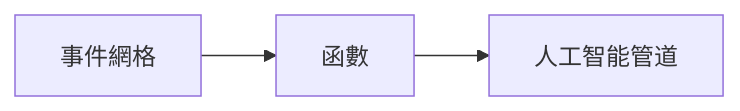
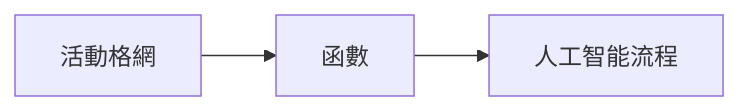
The second of 2 diagrams in translations/zh-HK/docs/chapter-08-production/README.md (microsoft/AZD-for-beginners), drawn with Mermaid before and after one commit. The commit also changed other lines of this file and 1 other file, not shown here.

````diff
--- a/translations/zh-HK/docs/chapter-08-production/README.md
+++ b/translations/zh-HK/docs/chapter-08-production/README.md
@@ -57,4 +57,4 @@
 ```mermaid
 graph LR
-    EventGrid[事件網格] --> Functions[函數] --> Pipeline[人工智能管道]
+    EventGrid[活動格網] --> Functions[函數] --> Pipeline[人工智能流程]
 ```
````
